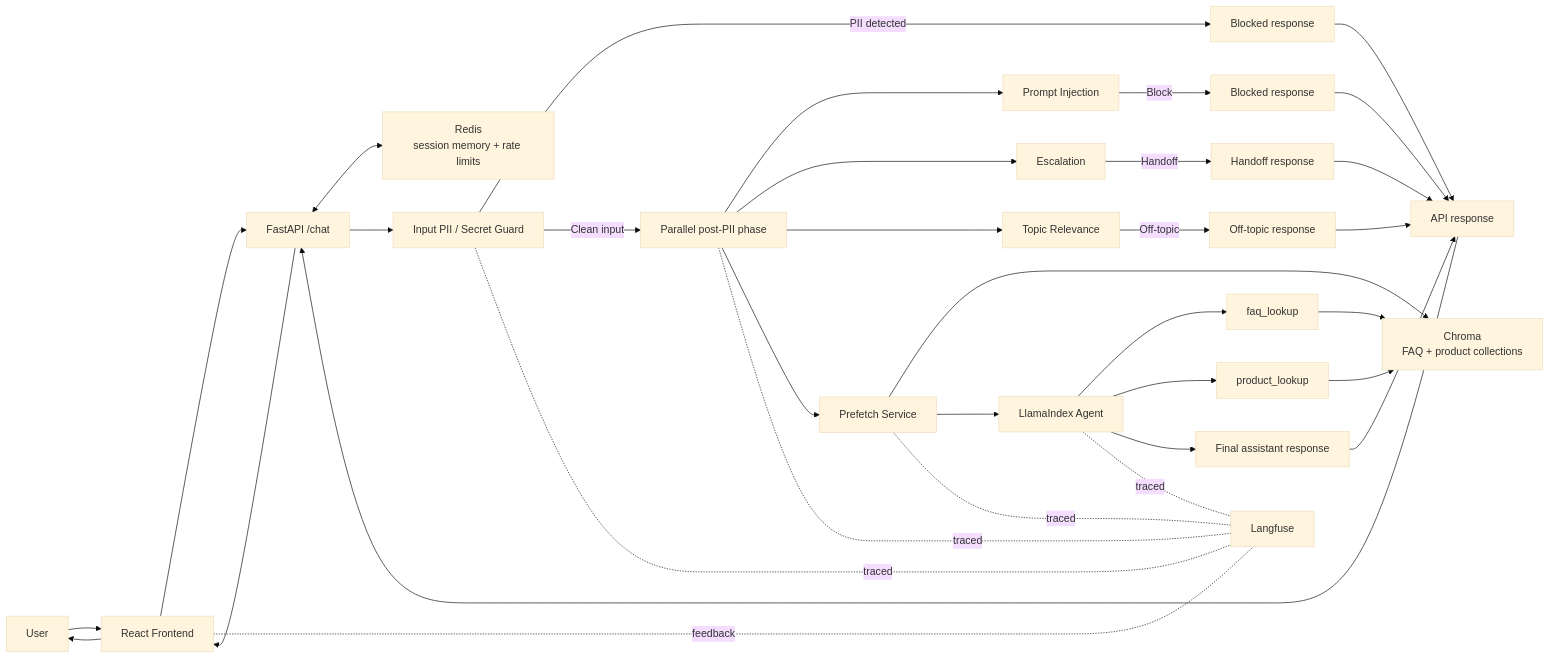
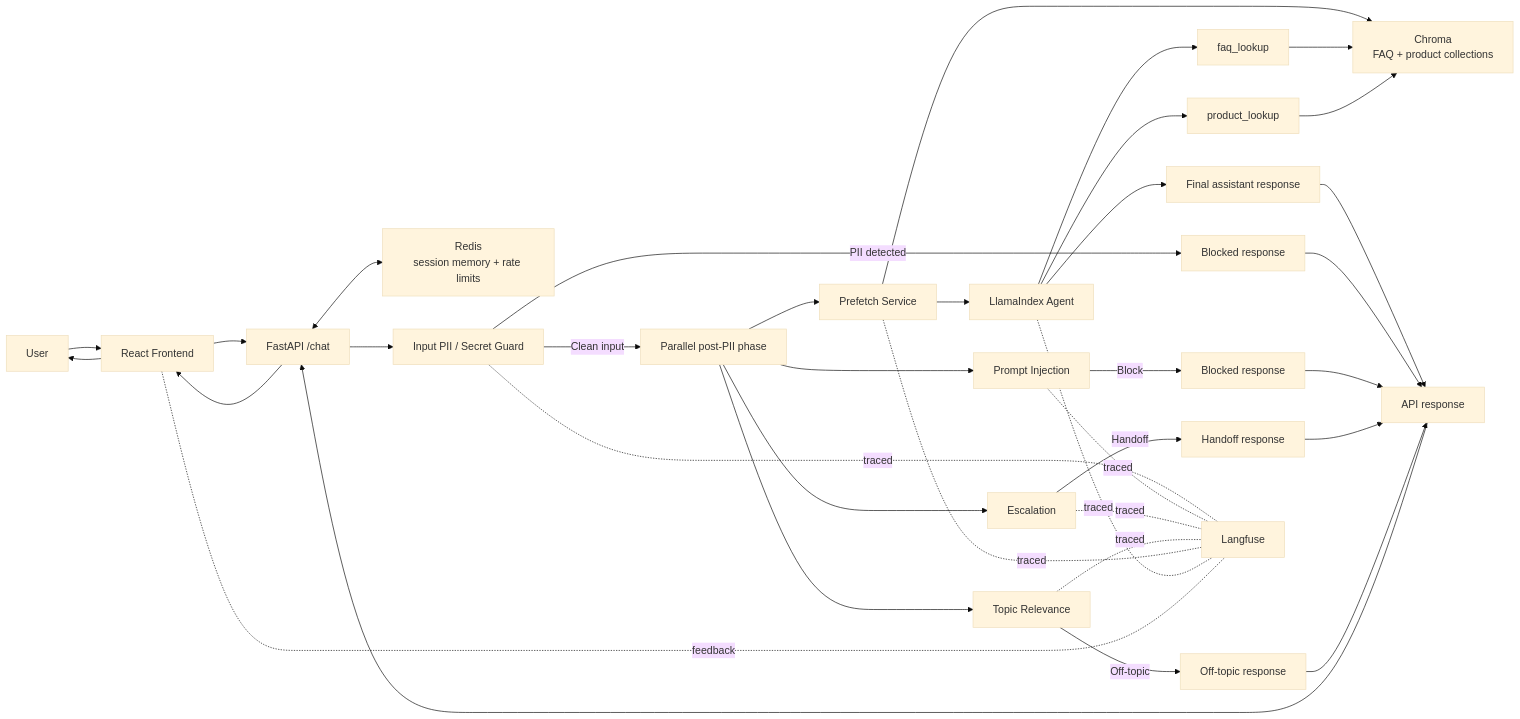
One commit to niels-2005/CustomerServiceAgent changed the first of 2 diagrams in README.md. Above: the diagram before and after it, drawn with Mermaid (base theme). The commit also changed other lines of this file, not shown here.

Commit message:
Enhance README with additional details and formatting for clarity in metrics, architecture, and installation sections

````diff
--- a/README.md
+++ b/README.md
@@ -192,44 +197,46 @@
 ```mermaid
 flowchart LR
     A[User] --> B[React Frontend]
     B --> C[FastAPI /chat]
     C <--> M[Redis<br/>session memory + rate limits]
     N[Chroma<br/>FAQ + product collections]
 
     C --> D[Input PII / Secret Guard]
     D -->|PII detected| R1[Blocked response]
     D -->|Clean input| X[Parallel post-PII phase]
 
     X --> E1[Prompt Injection]
     X --> E2[Escalation]
     X --> E3[Topic Relevance]
     X --> P[Prefetch Service]
 
     E1 -->|Block| R2[Blocked response]
     E2 -->|Handoff| R3[Handoff response]
     E3 -->|Off-topic| R4[Off-topic response]
 
     P --> N
     P --> G[LlamaIndex Agent]
     G --> T1[faq_lookup]
     G --> T2[product_lookup]
     T1 --> N
     T2 --> N
     G --> K[Final assistant response]
 
     K --> Q[API response]
     R1 --> Q
     R2 --> Q
     R3 --> Q
     R4 --> Q
     Q --> C
     C --> B
     B --> A
 
     L[Langfuse]
     D -. traced .- L
-    X -. traced .- L
+    E1 -. traced .- L
+    E2 -. traced .- L
+    E3 -. traced .- L
     P -. traced .- L
     G -. traced .- L
     B -. feedback .- L
 ```
````
